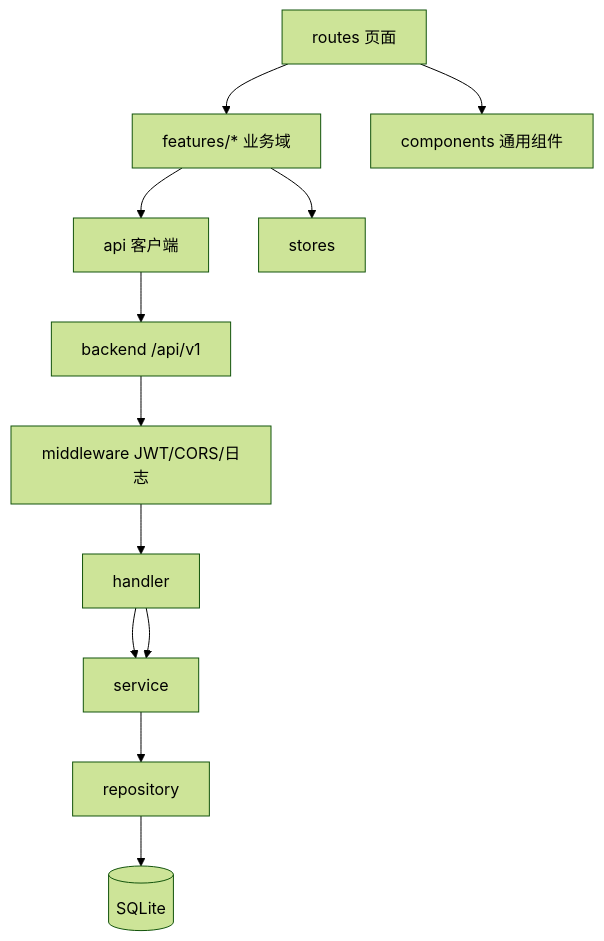
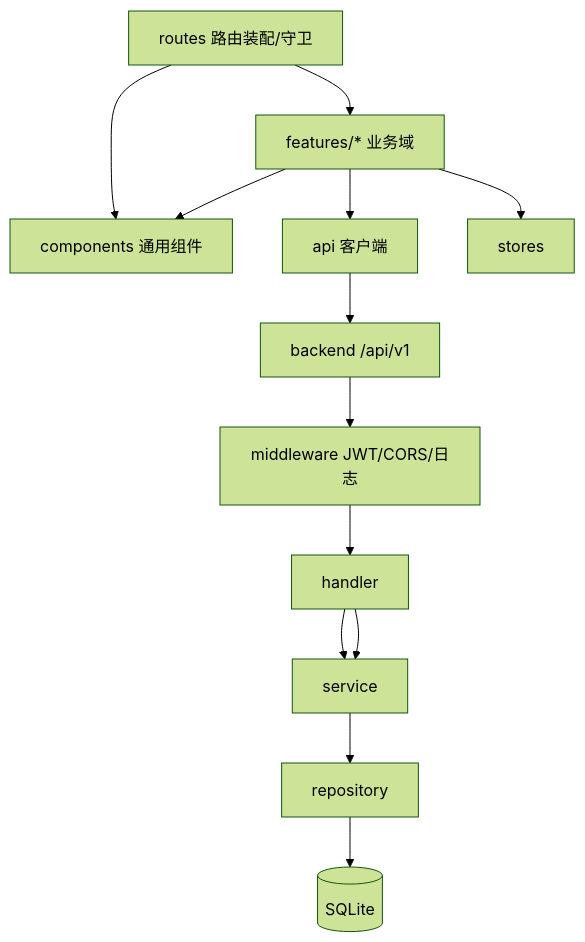
One commit to HodgeWen/software-exam changed the diagram in .agents/docs/CODE-MAP.md. Above: the diagram before and after it, drawn with Mermaid (forest theme). The commit also changed other lines of this file and 1 other file, not shown here.

Commit message:
sync-docs：对齐 CODE-MAP routes 注释与 DEV-STANDARDS 页面归属（含 P10 收口的模块行）

````diff
--- a/.agents/docs/CODE-MAP.md
+++ b/.agents/docs/CODE-MAP.md
@@ -48,10 +52,11 @@
 ```mermaid
 graph TD
-  Routes[routes 页面] --> Features[features/* 业务域]
+  Routes[routes 路由装配/守卫] --> Features[features/* 业务域]
   Routes --> Components[components 通用组件]
+  Features --> Components
   Features --> Api[api 客户端]
   Features --> Stores[stores]
   Api --> API["backend /api/v1"]
   API --> MW[middleware JWT/CORS/日志] --> Handler[handler] --> Service[service] --> Repo[repository] --> DB[(SQLite)]
   Handler --> Service
 ```
````
